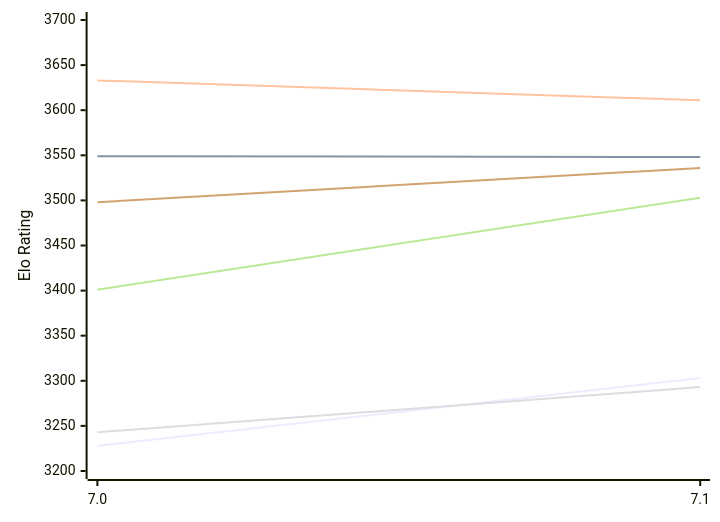
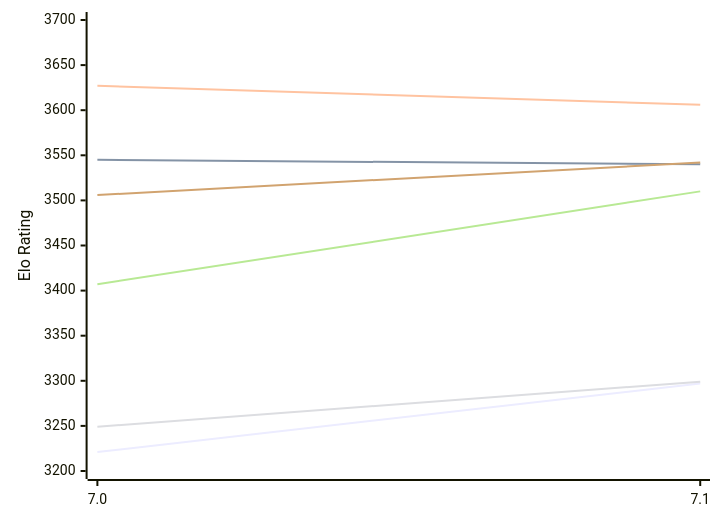
Before and after one commit to computer-chess-index/cci: the first of 2 diagrams in engines/PZChessBot.md, drawn with Mermaid. The commit also changed other lines of this file, not shown here.

Commit message:
Update CCI Ratings (ELO VLTC) - 2026-11-18

````diff
--- a/engines/PZChessBot.md
+++ b/engines/PZChessBot.md
@@ -53,12 +53,12 @@
 ```mermaid
 %%{init: {"theme":"base","themeVariables":{"seriesColors:['#a3a3a3','#222221','#faa371']}}}%%
 xychart-beta
   x-axis ["7.0", "7.1"]
   y-axis "Elo Rating" 3200 --> 3700
-  line "E1: STC (8.0+0.08s)" [3228, 3303]
-  line "E1: LTC (60.0+0.60s)" [3549, 3548]
-  line "E1: VLTC (2m24s+1.12s)" [3633, 3611]
-  line "P1: STC (8.0+0.08s)" [3243, 3293]
-  line "P1: LTC (60.0+0.60s)" [3401, 3503]
-  line "P1: VLTC (2m24s+1.12s)" [3498, 3536]
+  line "E1: STC (8.0+0.08s)" [3221, 3297]
+  line "E1: LTC (60.0+0.60s)" [3545, 3540]
+  line "E1: VLTC (2m24s+1.12s)" [3627, 3606]
+  line "P1: STC (8.0+0.08s)" [3249, 3299]
+  line "P1: LTC (60.0+0.60s)" [3407, 3510]
+  line "P1: VLTC (2m24s+1.12s)" [3506, 3542]
 ```
````
